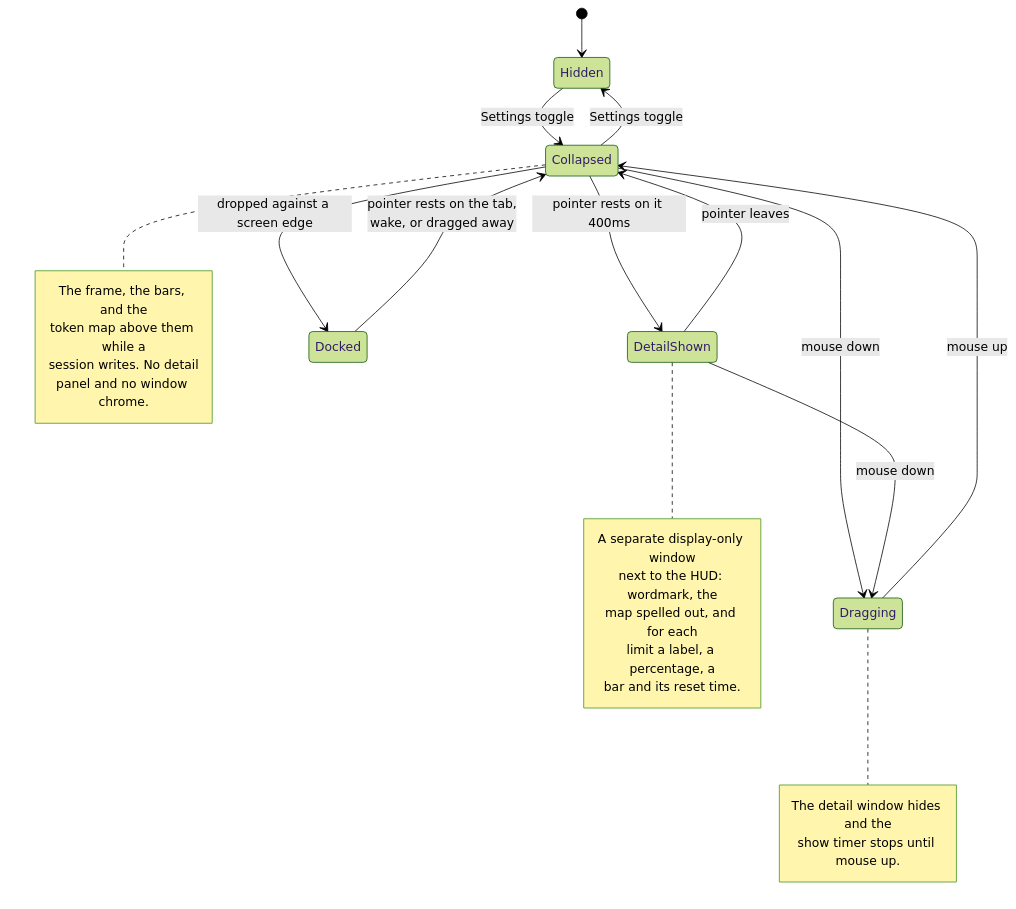
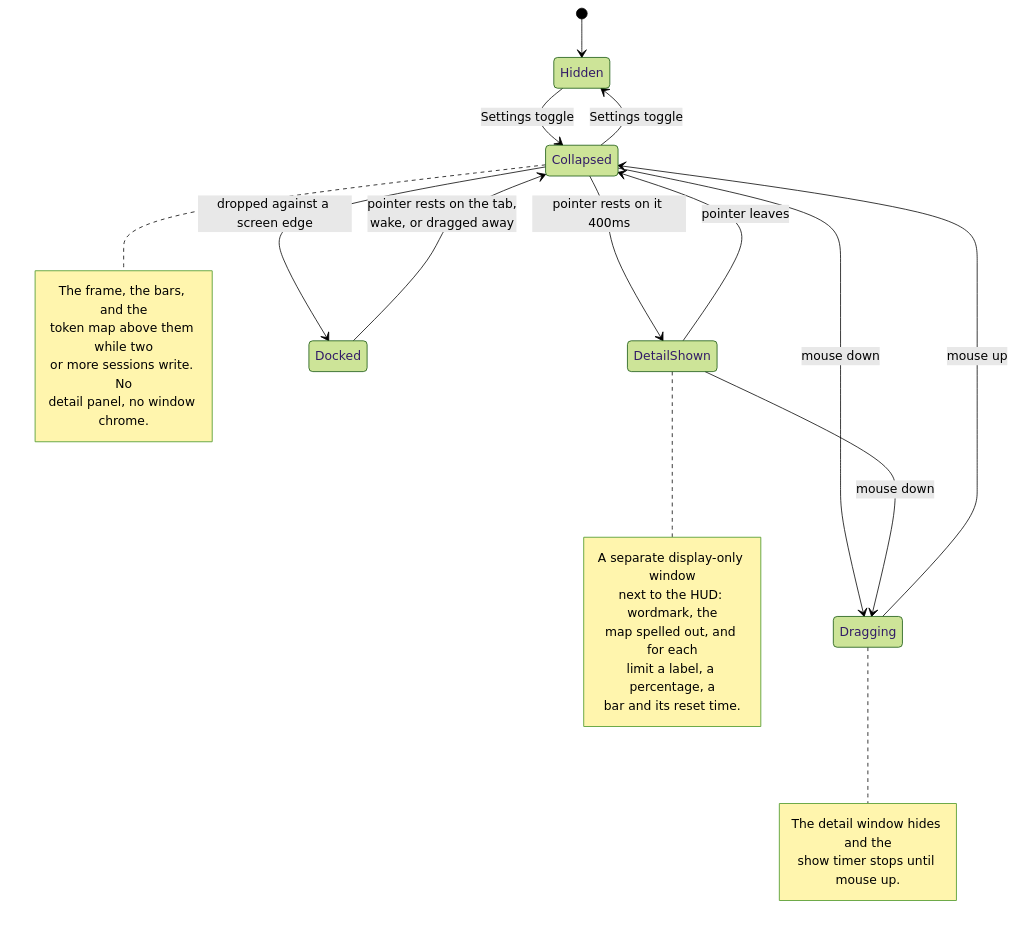
One commit to antiburn/antiburn changed the diagram in docs/hud-states.md. Above: the diagram before and after it, drawn with Mermaid (forest theme). The commit also changed 1 other file, not shown here.

Commit message:
fix(hud): refresh the detail when the map turns off
The detail window spells the token map out. When the reader turns the
map off, the HUD now sends the empty state to that window, so it does
not hold the last map. The collapsed-state note also states the
two-session threshold.

````diff
--- a/docs/hud-states.md
+++ b/docs/hud-states.md
@@ -14,34 +14,34 @@
 ```mermaid
 stateDiagram-v2
     [*] --> Hidden
     Hidden --> Collapsed: Settings toggle
     Collapsed --> Hidden: Settings toggle
 
     Collapsed --> DetailShown: pointer rests on it 400ms
     DetailShown --> Collapsed: pointer leaves
 
     Collapsed --> Dragging: mouse down
     DetailShown --> Dragging: mouse down
     Dragging --> Collapsed: mouse up
 
     Collapsed --> Docked: dropped against a screen edge
     Docked --> Collapsed: pointer rests on the tab,<br/>wake, or dragged away
 
     note right of Collapsed
         The frame, the bars, and the
-        token map above them while a
-        session writes. No detail
-        panel and no window chrome.
+        token map above them while two
+        or more sessions write. No
+        detail panel, no window chrome.
     end note
     note right of DetailShown
         A separate display-only window
         next to the HUD: wordmark, the
         map spelled out, and for each
         limit a label, a percentage, a
         bar and its reset time.
     end note
     note right of Dragging
         The detail window hides and the
         show timer stops until mouse up.
     end note
 ```
````
